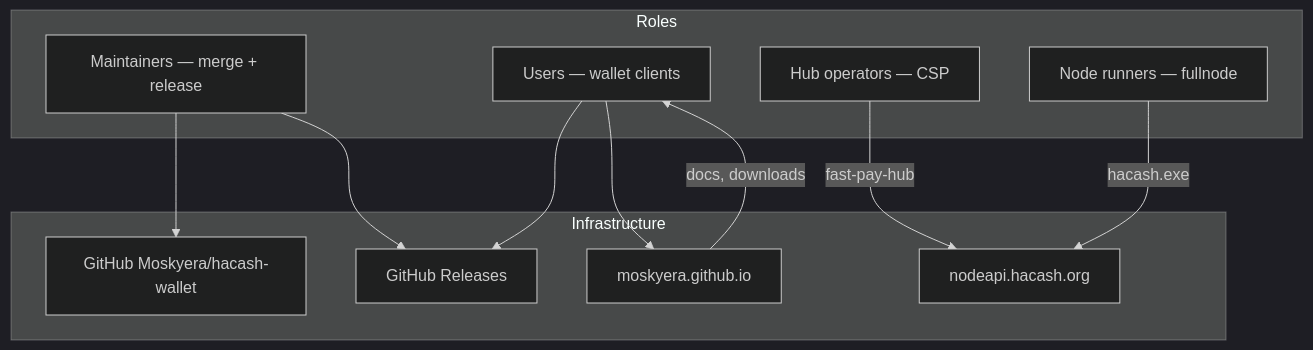
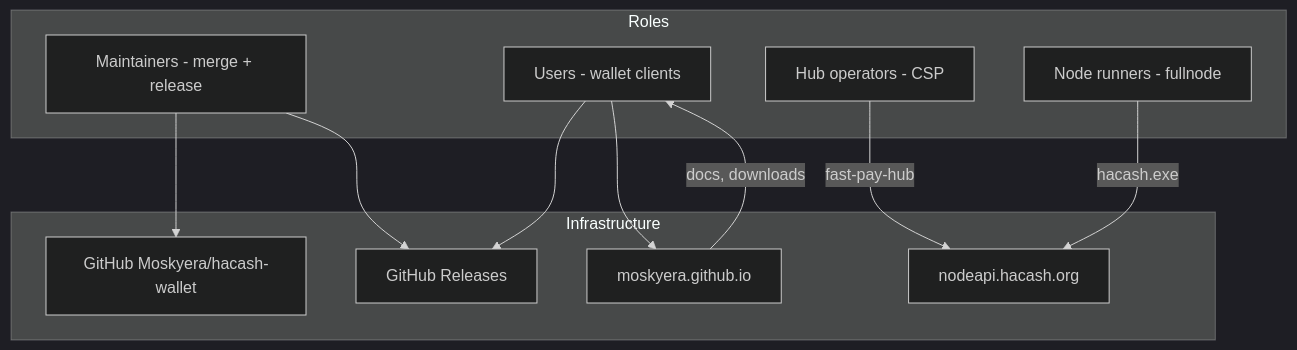
Before and after one commit to Moskyera/hacash-wallet: the sixth of 8 diagrams in docs/hacash-quantum-wallet-design.md, drawn with Mermaid (dark theme). The commit also changed other lines of this file and 94 other files, not shown here.

````diff
--- a/docs/hacash-quantum-wallet-design.md
+++ b/docs/hacash-quantum-wallet-design.md
@@ -308,24 +308,24 @@
 ```mermaid
 flowchart TB
     subgraph Roles["Roles"]
-        Maint["Maintainers — merge + release"]
-        HubOp["Hub operators — CSP"]
-        NodeOp["Node runners — fullnode"]
-        Users["Users — wallet clients"]
+        Maint["Maintainers - merge + release"]
+        HubOp["Hub operators - CSP"]
+        NodeOp["Node runners - fullnode"]
+        Users["Users - wallet clients"]
     end
 
     subgraph Infra["Infrastructure"]
         GH["GitHub Moskyera/hacash-wallet"]
         Rel["GitHub Releases"]
         Site["moskyera.github.io"]
         PubNode["nodeapi.hacash.org"]
     end
 
     Maint --> GH
     Maint --> Rel
     HubOp -->|"fast-pay-hub"| PubNode
     NodeOp -->|"hacash.exe"| PubNode
     Users --> Rel
     Users --> Site
     Site -->|"docs, downloads"| Users
 ```
````
